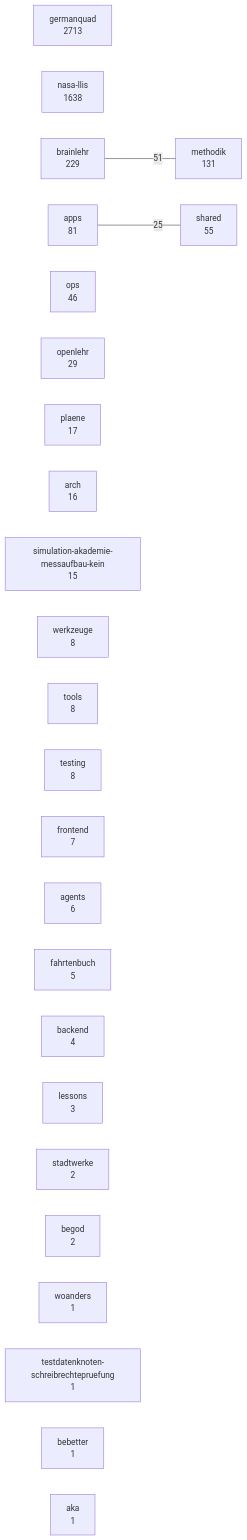
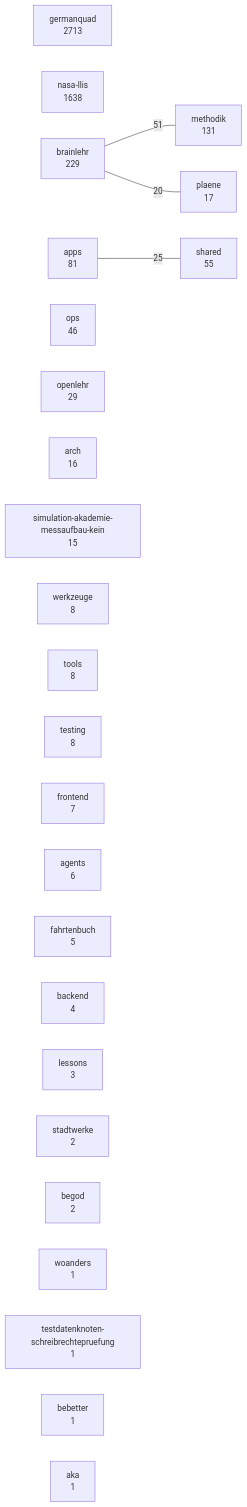
The diagram in docs/karten/bestand.md (3lehr/brainlehr), drawn with Mermaid before and after one commit. The commit also changed other lines of this file and 3 other files, not shown here.

````diff
--- a/docs/karten/bestand.md
+++ b/docs/karten/bestand.md
@@ -5,30 +5,31 @@
 ```mermaid
 graph LR
   germanquad["germanquad<br/>2713"]
   nasa_llis["nasa-llis<br/>1638"]
   brainlehr["brainlehr<br/>229"]
   methodik["methodik<br/>131"]
   apps["apps<br/>81"]
   shared["shared<br/>55"]
   ops["ops<br/>46"]
   openlehr["openlehr<br/>29"]
   plaene["plaene<br/>17"]
   arch["arch<br/>16"]
   simulation_akademie_messaufbau_kein["simulation-akademie-messaufbau-kein<br/>15"]
   werkzeuge["werkzeuge<br/>8"]
   tools["tools<br/>8"]
   testing["testing<br/>8"]
   frontend["frontend<br/>7"]
   agents["agents<br/>6"]
   fahrtenbuch["fahrtenbuch<br/>5"]
   backend["backend<br/>4"]
   lessons["lessons<br/>3"]
   stadtwerke["stadtwerke<br/>2"]
   begod["begod<br/>2"]
   woanders["woanders<br/>1"]
   testdatenknoten_schreibrechtepruefung["testdatenknoten-schreibrechtepruefung<br/>1"]
   bebetter["bebetter<br/>1"]
   aka["aka<br/>1"]
   brainlehr ---|51| methodik
   apps ---|25| shared
+  brainlehr ---|20| plaene
 ```
````
